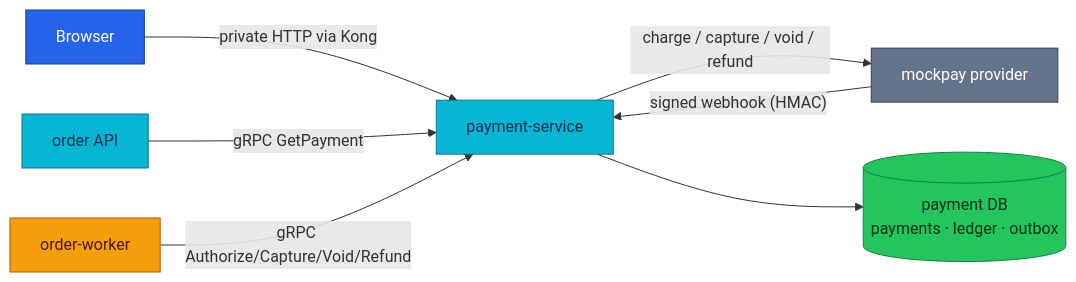
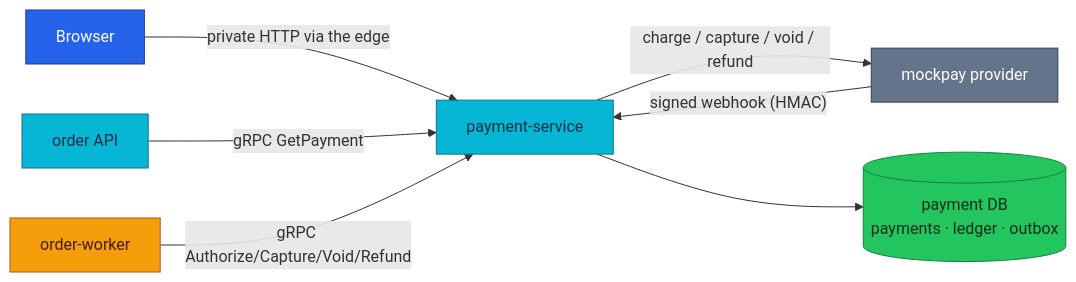
One commit to duynhlab/homelab changed the first of 3 diagrams in docs/api/payments.md. Above: the diagram before and after it, drawn with Mermaid. The commit also changed other lines of this file and 28 other files, not shown here.

````diff
--- a/docs/api/payments.md
+++ b/docs/api/payments.md
@@ -53,20 +53,20 @@
 ```mermaid
 flowchart LR
-    Browser -->|"private HTTP via Kong"| Payment["payment-service"]
+    Browser -->|"private HTTP via the edge"| Payment["payment-service"]
     Provider["mockpay provider"] -->|"signed webhook (HMAC)"| Payment
     OrderAPI["order API"] -->|"gRPC GetPayment"| Payment
     Worker["order-worker"] -->|"gRPC Authorize/Capture/Void/Refund"| Payment
     Payment -->|"charge / capture / void / refund"| Provider
     Payment --> DB[("payment DB<br/>payments · ledger · outbox")]
 
     classDef edge fill:#2563eb,color:#fff,stroke:#1e3a8a;
     classDef service fill:#06b6d4,color:#082f49,stroke:#0e7490;
     classDef worker fill:#f59e0b,color:#451a03,stroke:#b45309;
     classDef data fill:#22c55e,color:#052e16,stroke:#15803d;
     classDef external fill:#64748b,color:#fff,stroke:#334155;
     class Browser edge;
     class Payment,OrderAPI service;
     class Worker worker;
     class DB data;
     class Provider external;
 ```
````
